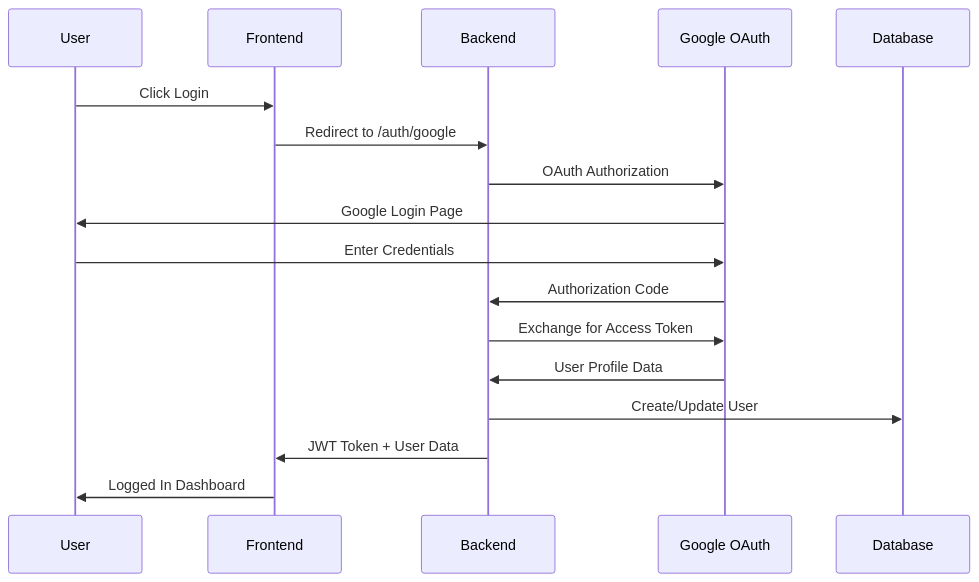
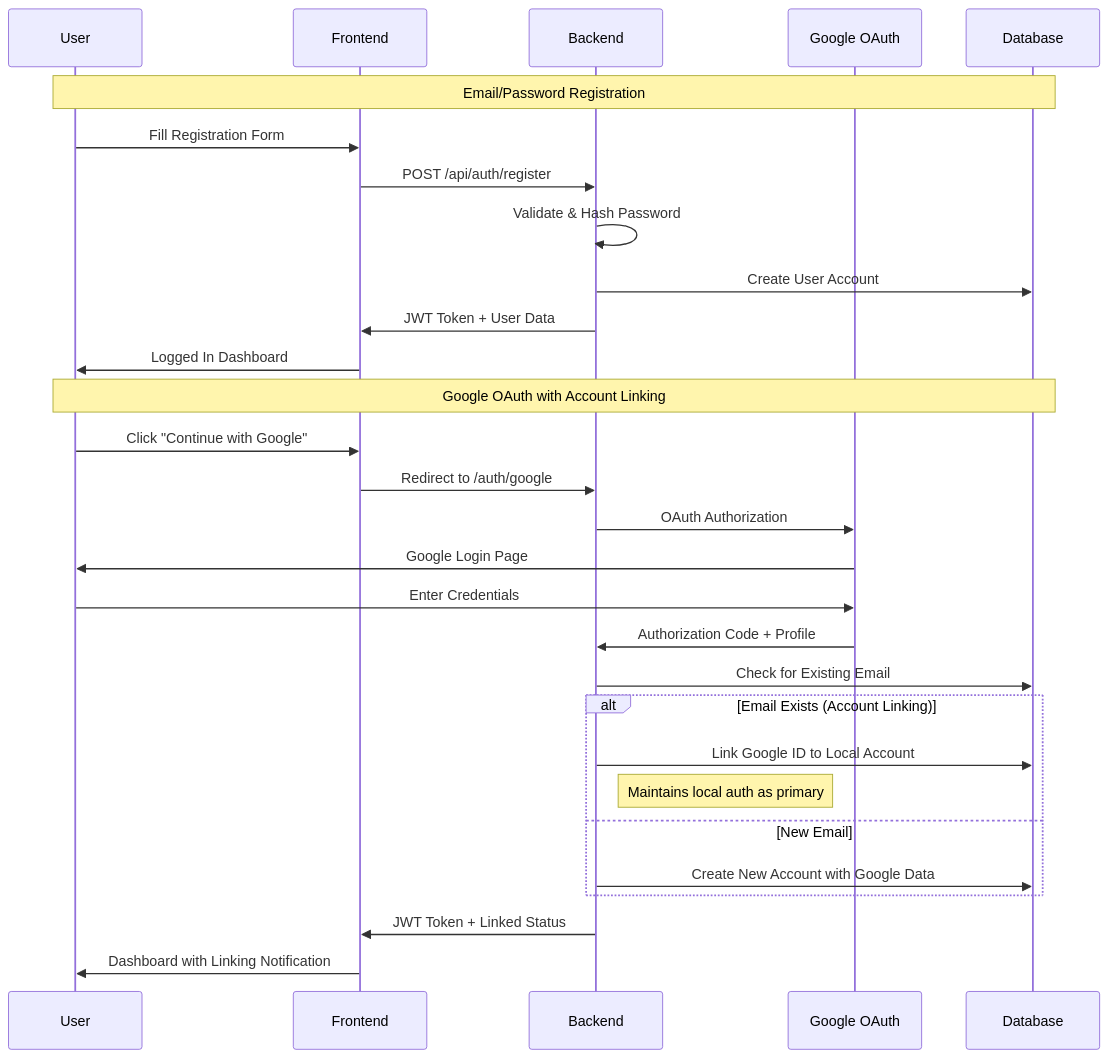
One commit to rfart/astronacci-assesment changed the fourth of 6 diagrams in docs/USER-JOURNEY.md. Above: the diagram before and after it, drawn with Mermaid. The commit also changed other lines of this file and 3 other files, not shown here.

Commit message:
front end login form, register and docs

````diff
--- a/docs/USER-JOURNEY.md
+++ b/docs/USER-JOURNEY.md
@@ -270,20 +315,33 @@
 ```mermaid
 sequenceDiagram
     participant U as User
     participant F as Frontend
     participant B as Backend
     participant G as Google OAuth
     participant DB as Database
 
-    U->>F: Click Login
+    Note over U,DB: Email/Password Registration
+    U->>F: Fill Registration Form
+    F->>B: POST /api/auth/register
+    B->>B: Validate & Hash Password
+    B->>DB: Create User Account
+    B->>F: JWT Token + User Data
+    F->>U: Logged In Dashboard
+
+    Note over U,DB: Google OAuth with Account Linking
+    U->>F: Click "Continue with Google"
     F->>B: Redirect to /auth/google
     B->>G: OAuth Authorization
     G->>U: Google Login Page
     U->>G: Enter Credentials
-    G->>B: Authorization Code
-    B->>G: Exchange for Access Token
-    G->>B: User Profile Data
-    B->>DB: Create/Update User
-    B->>F: JWT Token + User Data
-    F->>U: Logged In Dashboard
+    G->>B: Authorization Code + Profile
+    B->>DB: Check for Existing Email
+    alt Email Exists (Account Linking)
+        B->>DB: Link Google ID to Local Account
+        Note right of B: Maintains local auth as primary
+    else New Email
+        B->>DB: Create New Account with Google Data
+    end
+    B->>F: JWT Token + Linked Status
+    F->>U: Dashboard with Linking Notification
 ```
````
